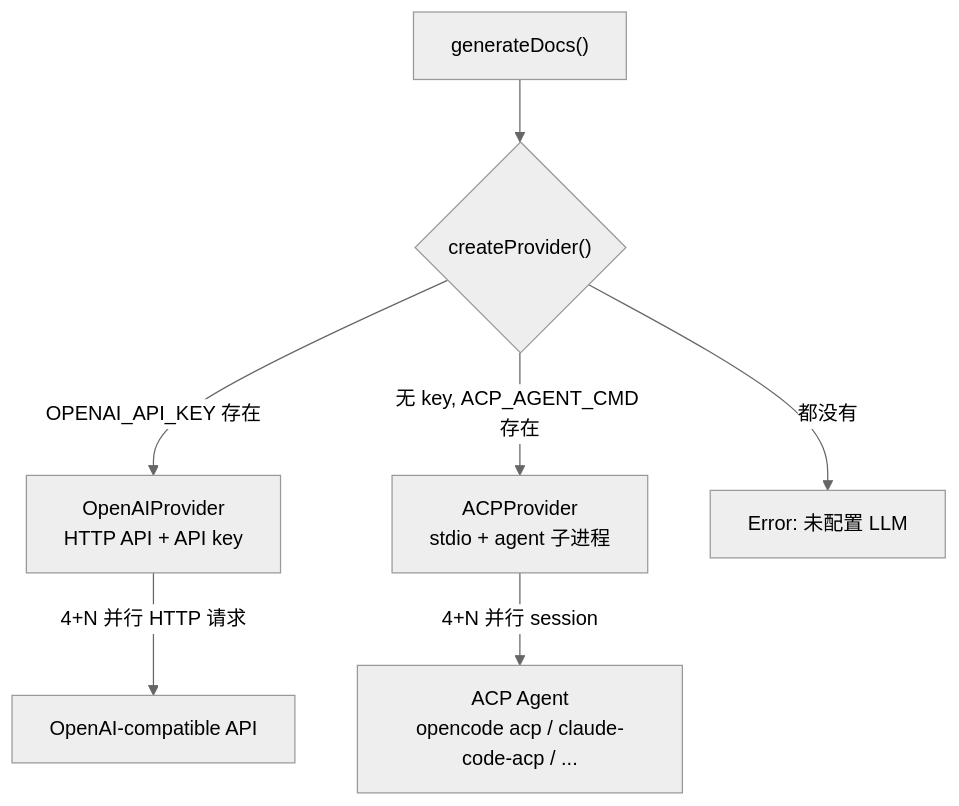
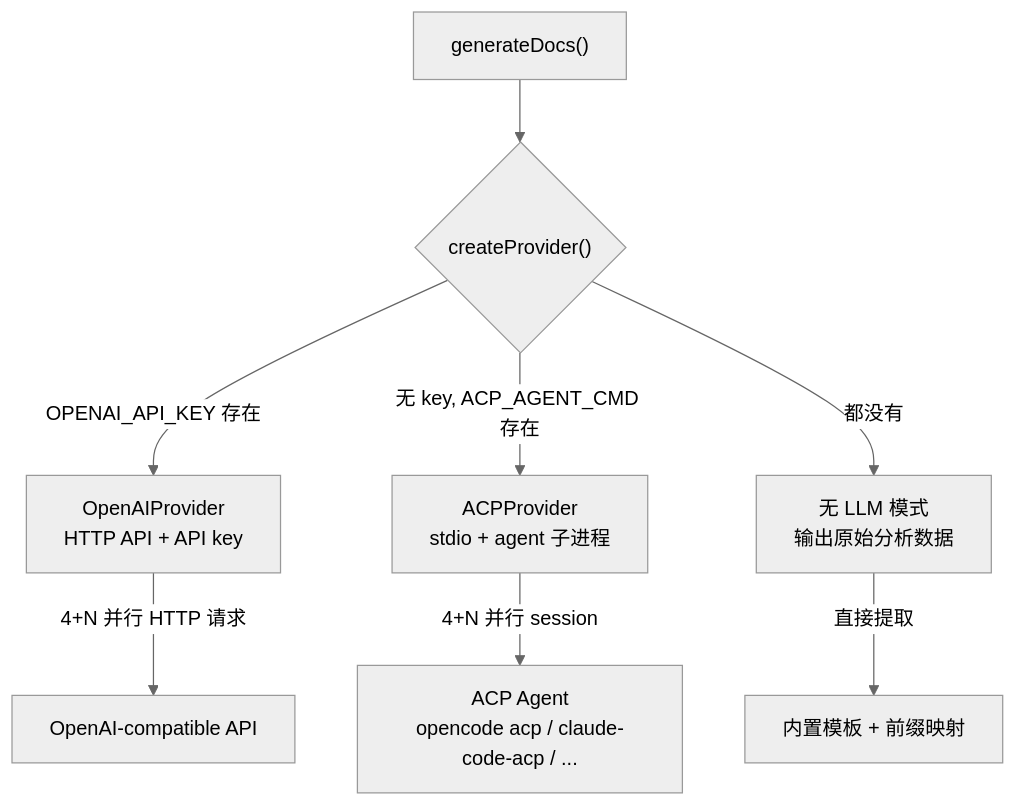
Before and after one commit to overstart/java-openspec: the diagram in README.zh-CN.md, drawn with Mermaid (neutral theme). The commit also changed other lines of this file and 8 other files, not shown here.

````diff
--- a/README.zh-CN.md
+++ b/README.zh-CN.md
@@ -104,11 +98,12 @@
 ```mermaid
 flowchart TB
     GD["generateDocs()"] --> CP{"createProvider()"}
 
     CP -->|"OPENAI_API_KEY 存在"| OAI["OpenAIProvider<br/>HTTP API + API key"]
     CP -->|"无 key, ACP_AGENT_CMD 存在"| ACP["ACPProvider<br/>stdio + agent 子进程"]
-    CP -->|"都没有"| ERR["Error: 未配置 LLM"]
+    CP -->|"都没有"| NL["无 LLM 模式<br/>输出原始分析数据"]
 
     OAI -->|"4+N 并行 HTTP 请求"| API["OpenAI-compatible API"]
     ACP -->|"4+N 并行 session"| AGENT["ACP Agent<br/>opencode acp / claude-code-acp / ..."]
+    NL -->|"直接提取"| RAW["内置模板 + 前缀映射"]
 ```
````
